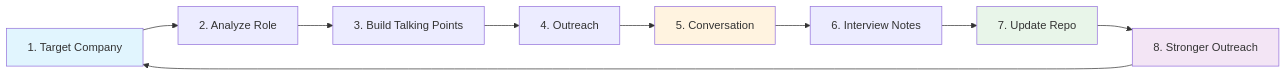
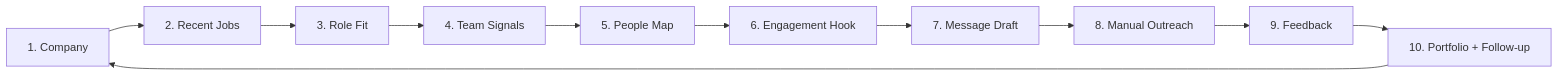
The diagram in docs/recursive-job-search-loop.md (abhishekyadav2000/career-intelligence-os), drawn with Mermaid before and after one commit. The commit also changed other lines of this file and 31 other files, not shown here.

````diff
--- a/docs/recursive-job-search-loop.md
+++ b/docs/recursive-job-search-loop.md
@@ -9,16 +11,13 @@
 ```mermaid
 flowchart LR
-    A[1. Target Company] --> B[2. Analyze Role]
-    B --> C[3. Build Talking Points]
-    C --> D[4. Outreach]
-    D --> E[5. Conversation]
-    E --> F[6. Interview Notes]
-    F --> G[7. Update Repo]
-    G --> H[8. Stronger Outreach]
-    H --> A
-
-    style A fill:#e1f5fe
-    style E fill:#fff3e0
-    style G fill:#e8f5e9
-    style H fill:#f3e5f5
+    A[1. Company] --> B[2. Recent Jobs]
+    B --> C[3. Role Fit]
+    C --> D[4. Team Signals]
+    D --> E[5. People Map]
+    E --> F[6. Engagement Hook]
+    F --> G[7. Message Draft]
+    G --> H[8. Manual Outreach]
+    H --> I[9. Feedback]
+    I --> J[10. Portfolio + Follow-up]
+    J --> A
 ```
````
